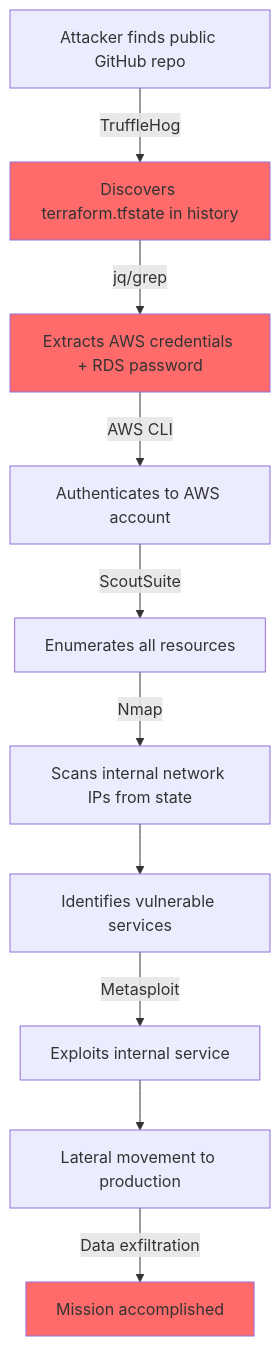
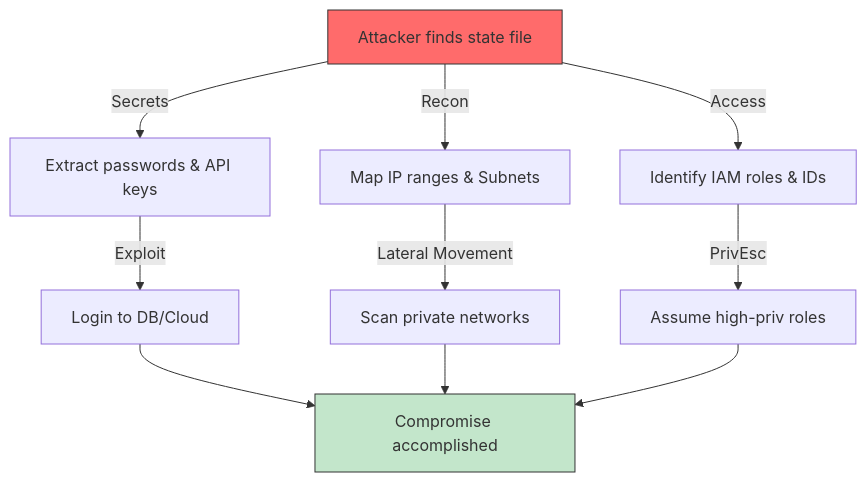
The diagram in 2-Intermediate/03-Terraform/03-State-Management/06-State-Security/State Security.md (Ganil151/Devops), drawn with Mermaid before and after one commit. The commit also changed other lines of this file and 428 other files, not shown here.

````diff
--- a/2-Intermediate/03-Terraform/03-State-Management/06-State-Security/State Security.md
+++ b/2-Intermediate/03-Terraform/03-State-Management/06-State-Security/State Security.md
@@ -282,16 +11,17 @@
 ```mermaid
 graph TD
-    A[Attacker finds public GitHub repo] -->|TruffleHog| B[Discovers terraform.tfstate in history]
-    B -->|jq/grep| C[Extracts AWS credentials + RDS password]
-    C -->|AWS CLI| D[Authenticates to AWS account]
-    D -->|ScoutSuite| E[Enumerates all resources]
-    E -->|Nmap| F[Scans internal network IPs from state]
-    F --> G[Identifies vulnerable services]
-    G -->|Metasploit| H[Exploits internal service]
-    H --> I[Lateral movement to production]
-    I -->|Data exfiltration| J[Mission accomplished]
+    A[Attacker finds state file] -->|Secrets| B[Extract passwords & API keys]
+    A -->|Recon| C[Map IP ranges & Subnets]
+    A -->|Access| D[Identify IAM roles & IDs]
     
-    style B fill:#ff6b6b
-    style C fill:#ff6b6b
-    style J fill:#ff6b6b
+    B -->|Exploit| E[Login to DB/Cloud]
+    C -->|Lateral Movement| F[Scan private networks]
+    D -->|PrivEsc| G[Assume high-priv roles]
+    
+    E --> H[Compromise accomplished]
+    F --> H
+    G --> H
+    
+    style A fill:#ff6b6b,stroke:#333
+    style H fill:#c3e6cb,stroke:#333
 ```
````
